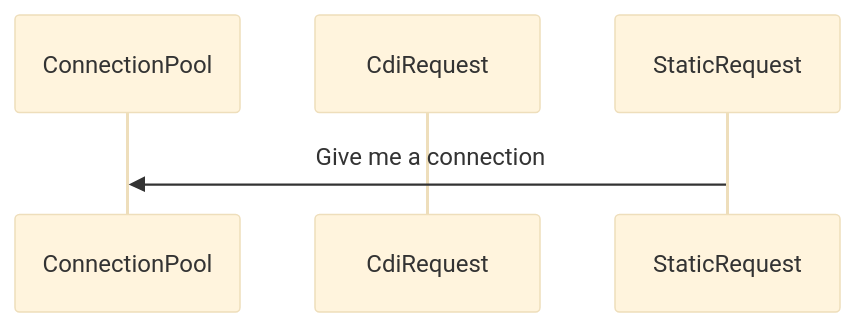
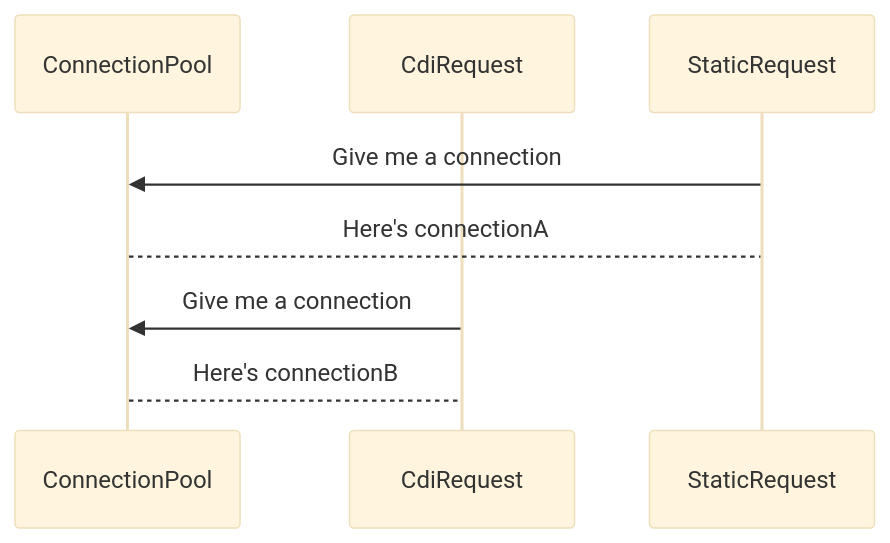
One commit to swoogles/hugoprojects changed the second of 4 diagrams in content/_index.md. Above: the diagram before and after it, drawn with Mermaid (base theme). The commit also changed other lines of this file, not shown here.

Commit message:
+Connection requests to sequence diagram

```diff
--- a/content/_index.md
+++ b/content/_index.md
@@ -54,7 +55,10 @@
 {{<mermaid>}}
 sequenceDiagram
-  participant ConnectionPool
-  participant CdiRequest
-  participant StaticRequest
-  StaticRequest->>ConnectionPool: Give me a connection
+  participant CP as ConnectionPool
+  participant CDI as CdiRequest
+  participant STAT as StaticRequest
+  STAT->>CP: Give me a connection
+  CP-->STAT: Here's connectionA
+  CDI->>CP: Give me a connection
+  CP-->CDI: Here's connectionB
 {{</mermaid>}}
```
